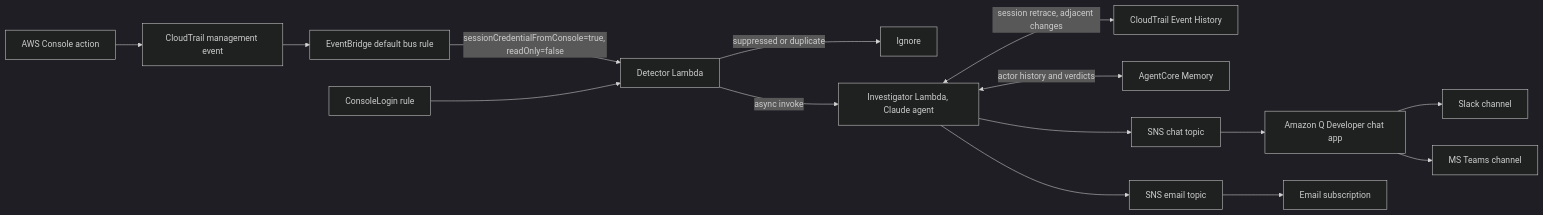
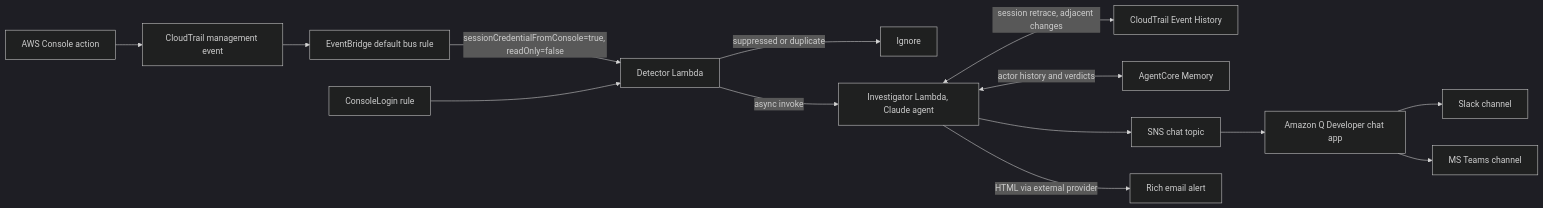
Before and after one commit to zoph-io/clickops-sentinel: the diagram in README.md, drawn with Mermaid (dark theme). The commit also changed other lines of this file and 39 other files, not shown here.

First line of the commit message:
feat: rebrand to ClickOps Sentinel with rich email and FOSS hardening

````diff
--- a/README.md
+++ b/README.md
@@ -14,17 +19,16 @@
 ```mermaid
 flowchart LR
     Console[AWS Console action] --> CT[CloudTrail management event]
     CT --> EB[EventBridge default bus rule]
     EB -->|"sessionCredentialFromConsole=true, readOnly=false"| DET[Detector Lambda]
     DET -->|suppressed or duplicate| Drop[Ignore]
     DET -->|async invoke| INV[Investigator Lambda, Claude agent]
     INV <-->|session retrace, adjacent changes| CTH[CloudTrail Event History]
     INV <-->|actor history and verdicts| MEM[AgentCore Memory]
     INV --> SNSQ[SNS chat topic]
-    INV --> SNSE[SNS email topic]
     SNSQ --> QDev[Amazon Q Developer chat app]
     QDev --> Slack[Slack channel]
     QDev --> Teams[MS Teams channel]
-    SNSE --> Email[Email subscription]
+    INV -->|HTML via external provider| Email[Rich email alert]
     EB2[ConsoleLogin rule] --> DET
 ```
````
